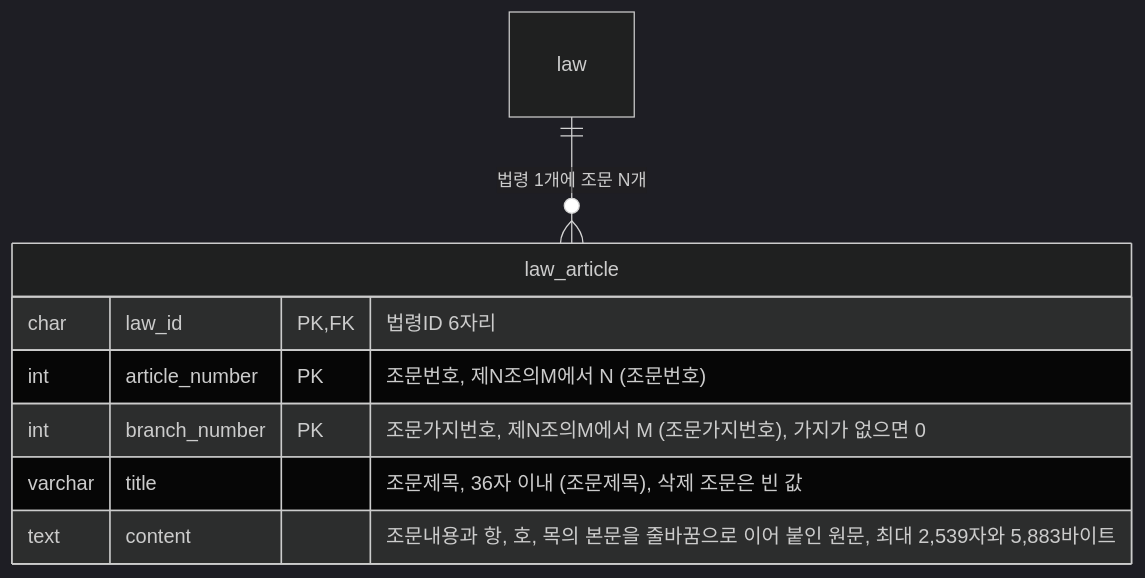
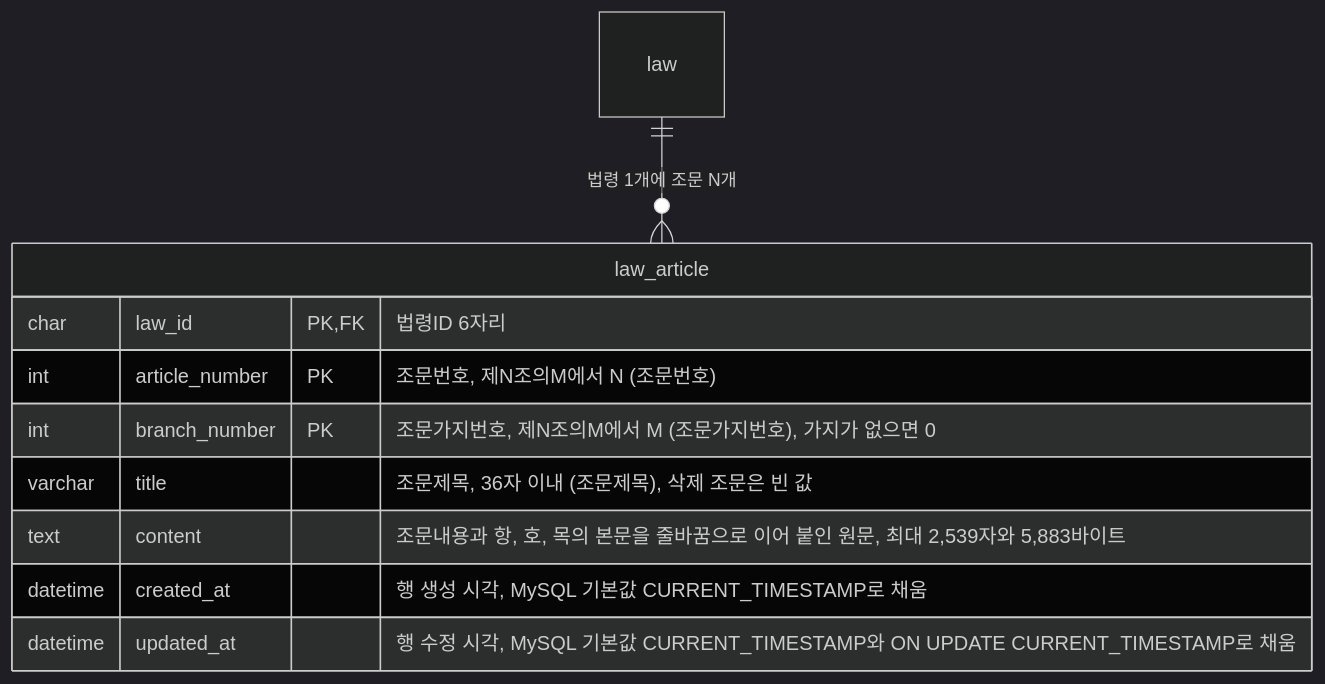
Before and after one commit to f-lab-edu/jipsee: the ninth of 10 diagrams in docs/erd.md, drawn with Mermaid (dark theme). The commit also changed other lines of this file, not shown here.

````diff
--- a/docs/erd.md
+++ b/docs/erd.md
@@ -228,11 +241,13 @@
 ```mermaid
 erDiagram
     law ||--o{ law_article : "법령 1개에 조문 N개"
     law_article {
         char law_id PK, FK "법령ID 6자리"
         int article_number PK "조문번호, 제N조의M에서 N (조문번호)"
         int branch_number PK "조문가지번호, 제N조의M에서 M (조문가지번호), 가지가 없으면 0"
         varchar title "조문제목, 36자 이내 (조문제목), 삭제 조문은 빈 값"
         text content "조문내용과 항, 호, 목의 본문을 줄바꿈으로 이어 붙인 원문, 최대 2,539자와 5,883바이트"
+        datetime created_at "행 생성 시각, MySQL 기본값 CURRENT_TIMESTAMP로 채움"
+        datetime updated_at "행 수정 시각, MySQL 기본값 CURRENT_TIMESTAMP와 ON UPDATE CURRENT_TIMESTAMP로 채움"
     }
 ```
````
